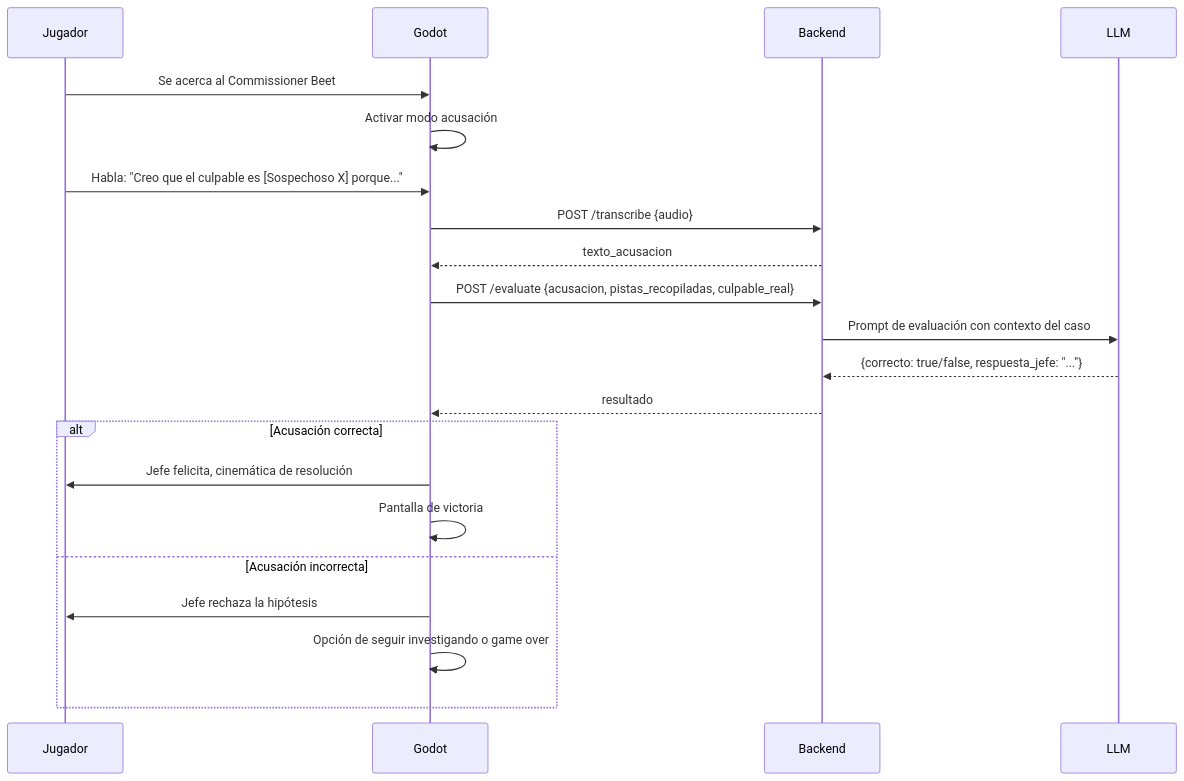
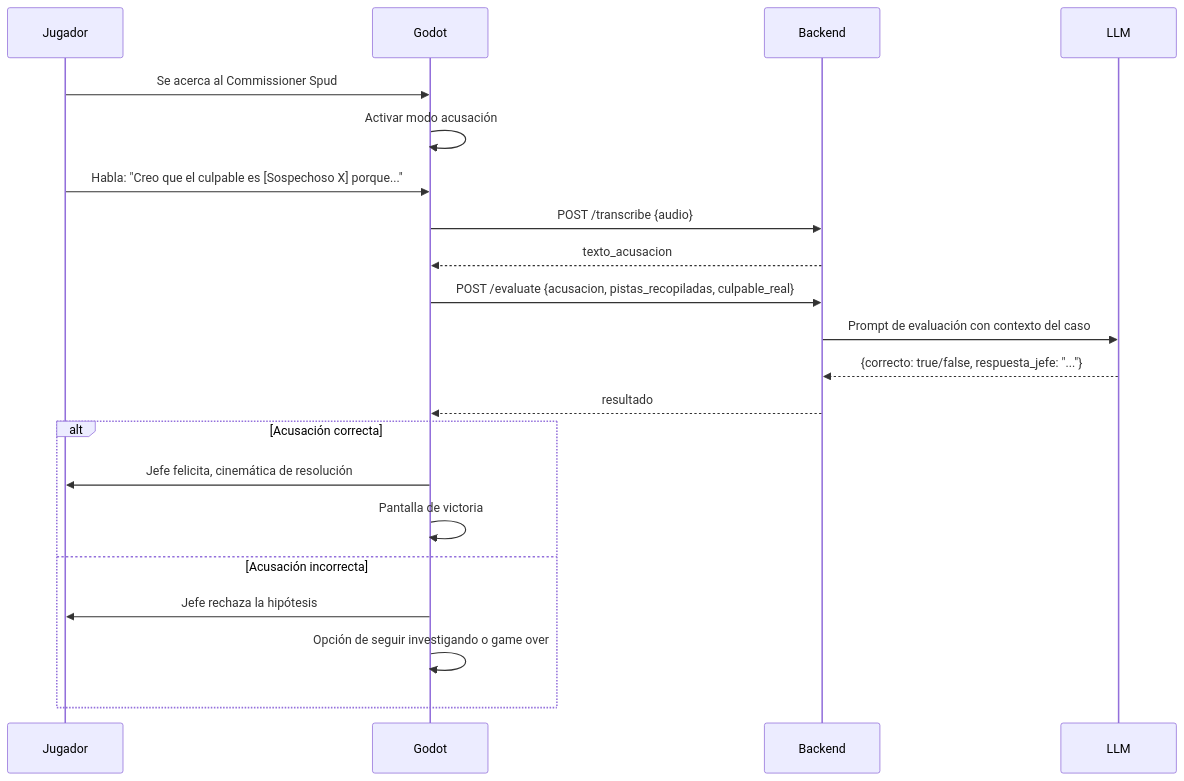
Before and after one commit to naxoruto/TE-limonchero-3d: the fourth of 6 diagrams in design/gdd/entrega_1_diseno.md, drawn with Mermaid. The commit also changed other lines of this file and 13 other files, not shown here.

````diff
--- a/design/gdd/entrega_1_diseno.md
+++ b/design/gdd/entrega_1_diseno.md
@@ -353,24 +353,24 @@
 ```mermaid
 sequenceDiagram
 	participant J as Jugador
 	participant U as Godot
 	participant B as Backend
 	participant L as LLM
 
-	J->>U: Se acerca al Commissioner Beet
+	J->>U: Se acerca al Commissioner Spud
 	U->>U: Activar modo acusación
 	J->>U: Habla: "Creo que el culpable es [Sospechoso X] porque..."
 	U->>B: POST /transcribe {audio}
 	B-->>U: texto_acusacion
 	U->>B: POST /evaluate {acusacion, pistas_recopiladas, culpable_real}
 	B->>L: Prompt de evaluación con contexto del caso
 	L-->>B: {correcto: true/false, respuesta_jefe: "..."}
 	B-->>U: resultado
 	alt Acusación correcta
 		U->>J: Jefe felicita, cinemática de resolución
 		U->>U: Pantalla de victoria
 	else Acusación incorrecta
 		U->>J: Jefe rechaza la hipótesis
 		U->>U: Opción de seguir investigando o game over
 	end
 ```
````
